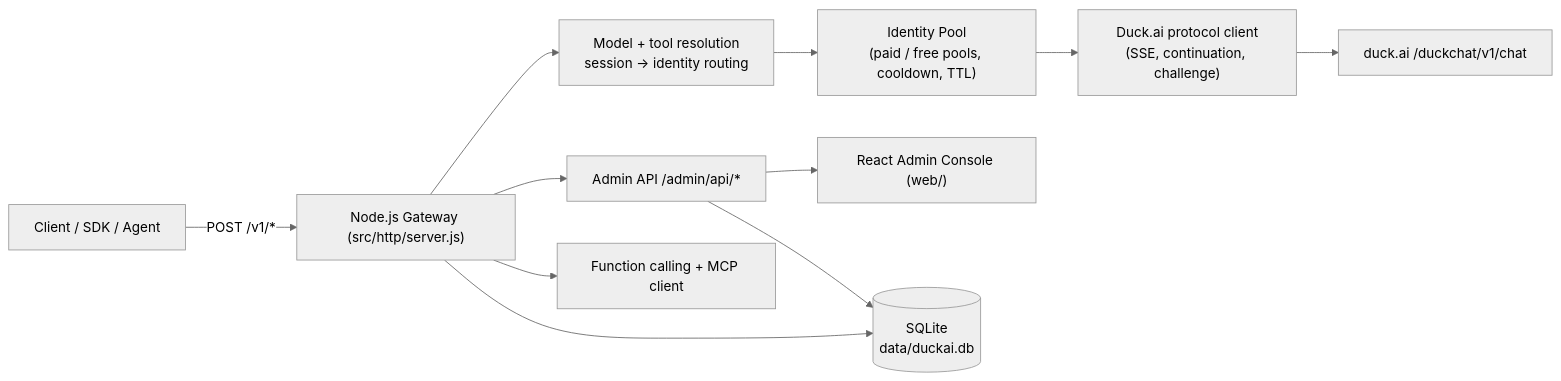
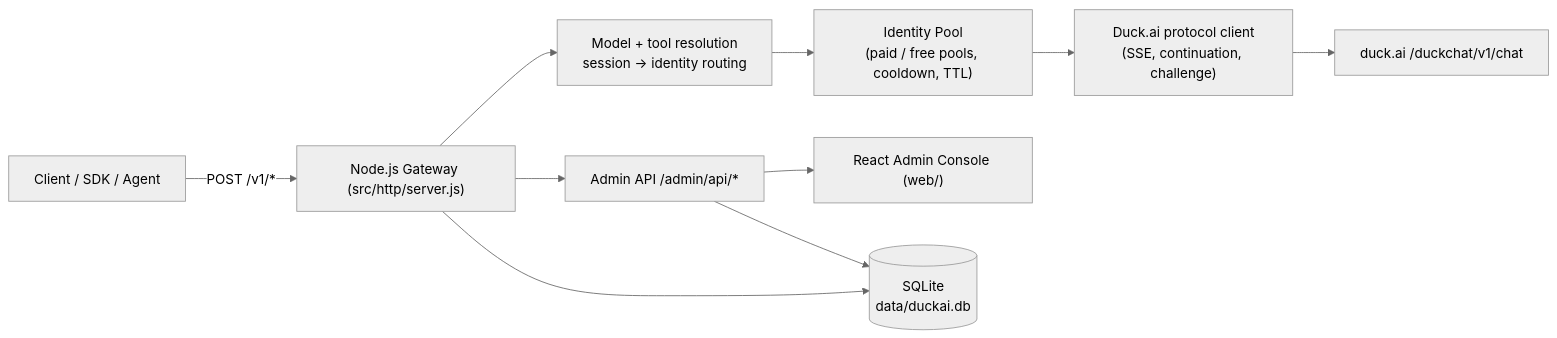
Before and after one commit to LandmineHQ/duckai-cpa: the diagram in README.md, drawn with Mermaid (neutral theme). The commit also changed other lines of this file and 16 other files, not shown here.

Commit message:
feat: remove gateway function calling and MCP custom tools (keep built-in web_search/image_generation/location)

````diff
--- a/README.md
+++ b/README.md
@@ -209,13 +185,12 @@
 ```mermaid
 flowchart LR
     Client["Client / SDK / Agent"] -->|"POST /v1/*"| API["Node.js Gateway (src/http/server.js)"]
     API --> Router["Model + tool resolution<br/>session → identity routing"]
     Router --> Pool["Identity Pool<br/>(paid / free pools, cooldown, TTL)"]
     Pool --> Duck["Duck.ai protocol client<br/>(SSE, continuation, challenge)"]
     Duck --> Upstream["duck.ai /duckchat/v1/chat"]
     API --> Admin["Admin API /admin/api/*"]
     Admin --> Web["React Admin Console (web/)"]
-    API --> Tools["Function calling + MCP client"]
     API --> DB[("SQLite<br/>data/duckai.db")]
     Admin --> DB
 ```
````
